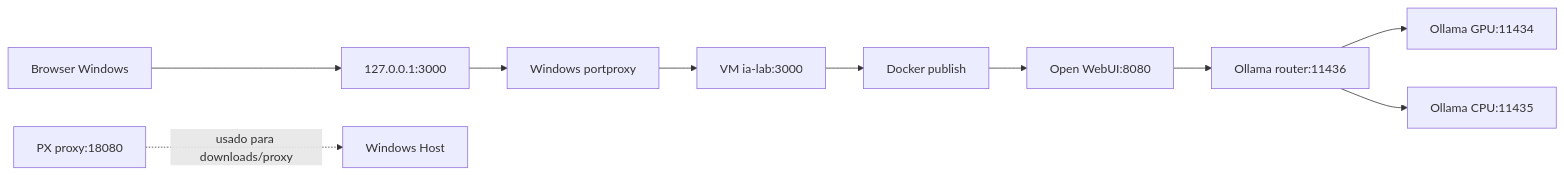
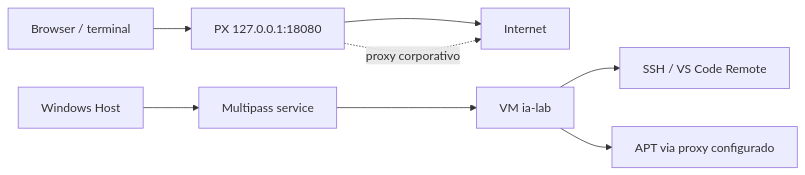
One commit to marcocanedo/ia_lab changed the diagram in docs/diagrams/arquitetura.mmd. Above: the diagram before and after it, drawn with Mermaid. The commit also changed 66 other files, not shown here.

Commit message:
reorganizar IA-LAB para infraestrutura base

```diff
--- a/docs/diagrams/arquitetura.mmd
+++ b/docs/diagrams/arquitetura.mmd
@@ -1,10 +1,8 @@
 flowchart LR
-    Browser[Browser Windows] --> Local3000[127.0.0.1:3000]
-    Local3000 --> Portproxy[Windows portproxy]
-    Portproxy --> VM3000[VM ia-lab:3000]
-    VM3000 --> Docker[Docker publish]
-    Docker --> WebUI[Open WebUI:8080]
-    WebUI --> Router[Ollama router:11436]
-    Router --> GPU[Ollama GPU:11434]
-    Router --> CPU[Ollama CPU:11435]
-    PX[PX proxy:18080] -. usado para downloads/proxy .-> Windows[Windows Host]
+    Browser[Browser / terminal] --> PX[PX 127.0.0.1:18080]
+    PX --> Internet[Internet]
+    Windows[Windows Host] --> Multipass[Multipass service]
+    Multipass --> VM[VM ia-lab]
+    VM --> SSH[SSH / VS Code Remote]
+    VM --> APT[APT via proxy configurado]
+    PX -. proxy corporativo .-> Internet
```
